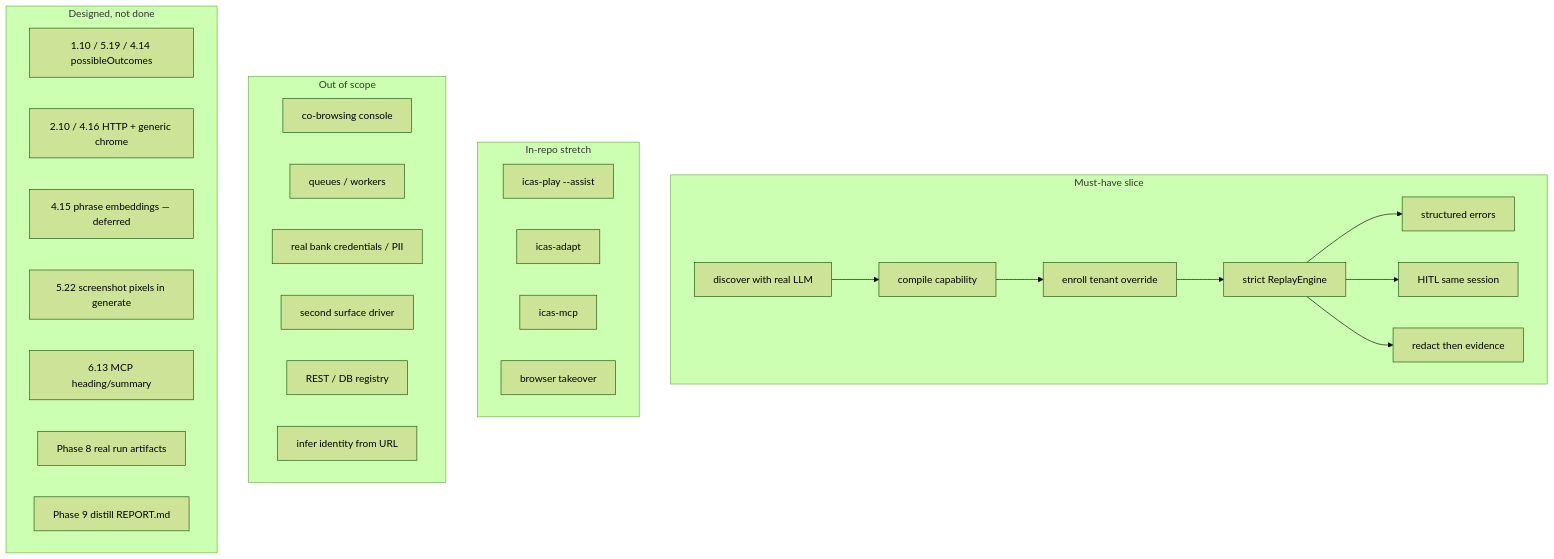
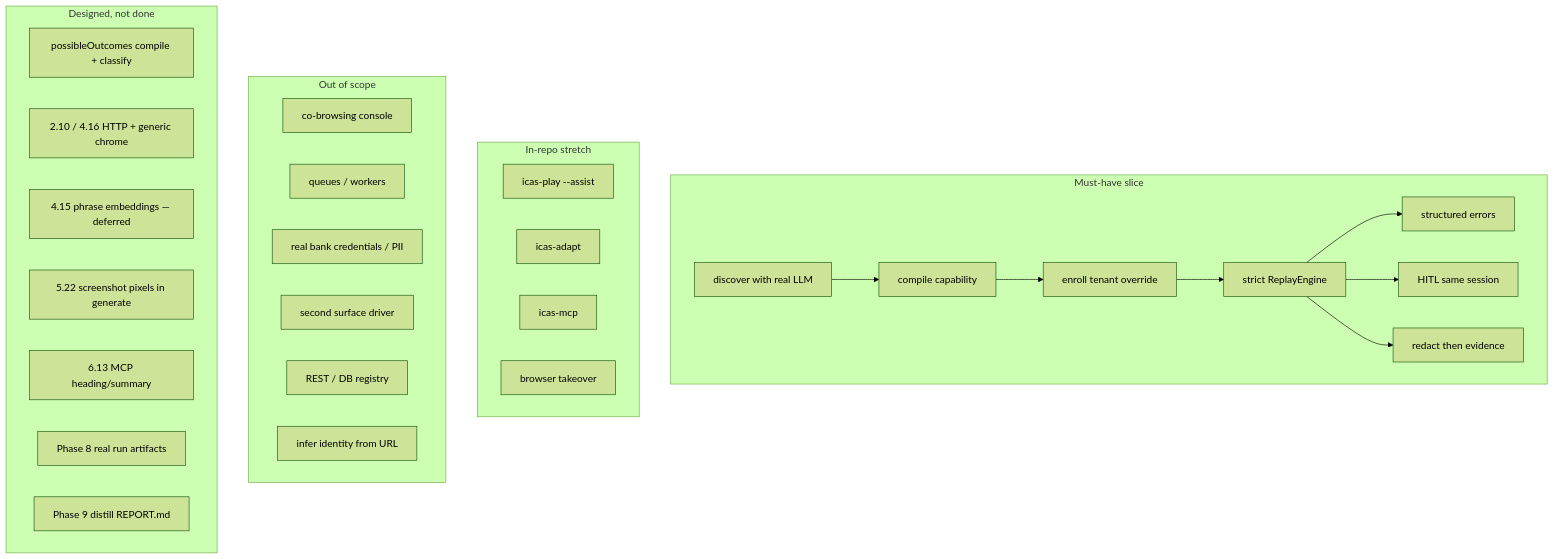
Before and after one commit to ankinelaturu/icas: diagram 17 of 17 in docs/00-system-design.md, drawn with Mermaid (forest theme). The commit also changed other lines of this file and 11 other files, not shown here.

First line of the commit message:
feat(replay): classify exceptional state from possibleOutcomes

````diff
--- a/docs/00-system-design.md
+++ b/docs/00-system-design.md
@@ -634,42 +634,42 @@
 ```mermaid
 flowchart TB
   subgraph must["Must-have slice"]
     m1[discover with real LLM]
     m2[compile capability]
     m3[enroll tenant override]
     m4[strict ReplayEngine]
     m5[structured errors]
     m6[HITL same session]
     m7[redact then evidence]
     m1 --> m2 --> m3 --> m4
     m4 --> m5
     m4 --> m6
     m4 --> m7
   end
 
   subgraph stretch["In-repo stretch"]
     s1["icas-play --assist"]
     s2[icas-adapt]
     s3[icas-mcp]
     s4[browser takeover]
   end
 
   subgraph out["Out of scope"]
     o1[co-browsing console]
     o2[queues / workers]
     o3[real bank credentials / PII]
     o4[second surface driver]
     o5[REST / DB registry]
     o6[infer identity from URL]
   end
 
   subgraph remaining["Designed, not done"]
-    r1["1.10 / 5.19 / 4.14 possibleOutcomes"]
+    r1["possibleOutcomes compile + classify"]
     r2["2.10 / 4.16 HTTP + generic chrome"]
     r3["4.15 phrase embeddings — deferred"]
     r4["5.22 screenshot pixels in generate"]
     r5["6.13 MCP heading/summary"]
     r6["Phase 8 real run artifacts"]
     r7["Phase 9 distill REPORT.md"]
   end
 ```
````
